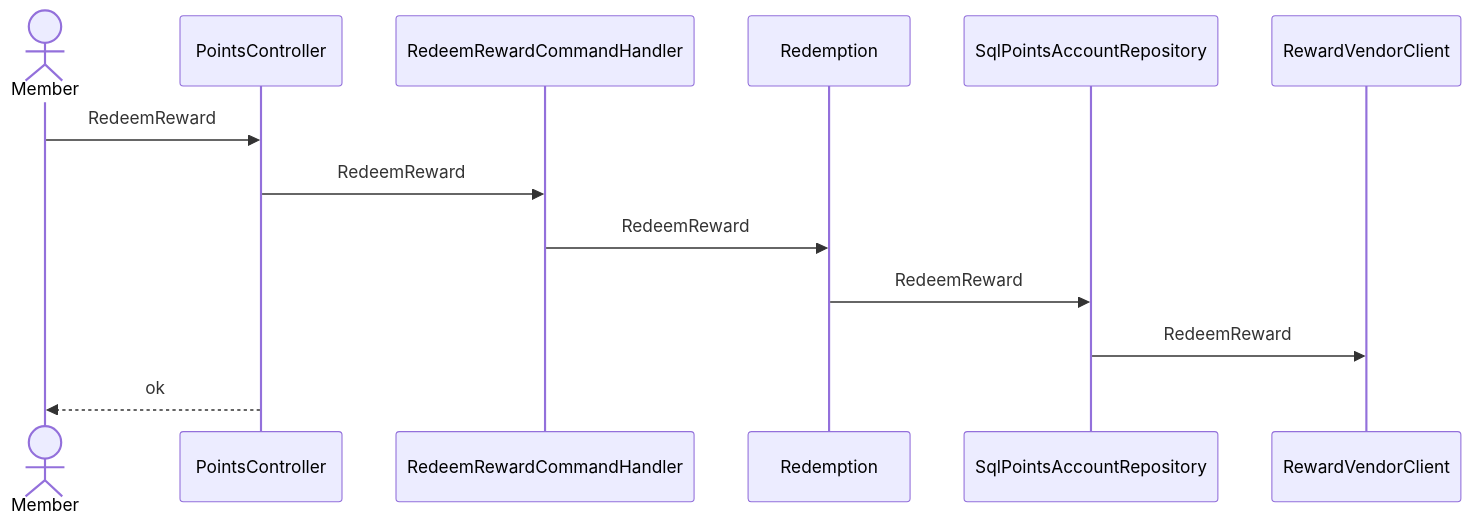
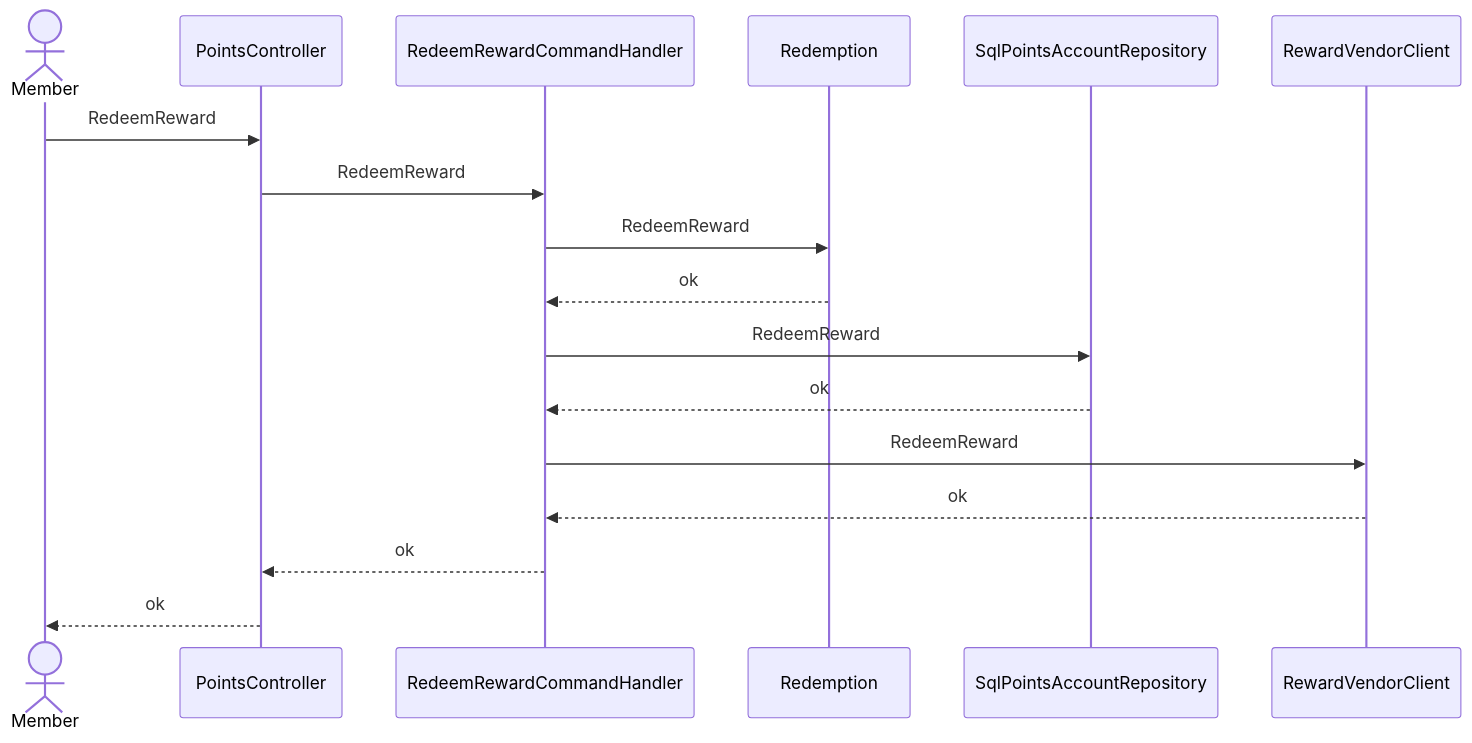
The fourth of 6 diagrams in skills/spec-dev-process/examples/matrix/be-only-zh-s3/specs/rd/points-redemption/spec/30-architecture-c4.md (pin0513/AITools), drawn with Mermaid before and after one commit. The commit also changed other lines of this file and 257 other files, not shown here.

````diff
--- a/skills/spec-dev-process/examples/matrix/be-only-zh-s3/specs/rd/points-redemption/spec/30-architecture-c4.md
+++ b/skills/spec-dev-process/examples/matrix/be-only-zh-s3/specs/rd/points-redemption/spec/30-architecture-c4.md
@@ -78,15 +78,19 @@
 ```mermaid
 sequenceDiagram
   actor U as Member
   participant CMP001 as PointsController
   participant CMP002 as RedeemRewardCommandHandler
   participant CMP005 as Redemption
   participant CMP006 as SqlPointsAccountRepository
   participant CMP007 as RewardVendorClient
   U->>CMP001: RedeemReward
   CMP001->>CMP002: RedeemReward
   CMP002->>CMP005: RedeemReward
-  CMP005->>CMP006: RedeemReward
-  CMP006->>CMP007: RedeemReward
+  CMP005-->>CMP002: ok
+  CMP002->>CMP006: RedeemReward
+  CMP006-->>CMP002: ok
+  CMP002->>CMP007: RedeemReward
+  CMP007-->>CMP002: ok
+  CMP002-->>CMP001: ok
   CMP001-->>U: ok
 ```
````
